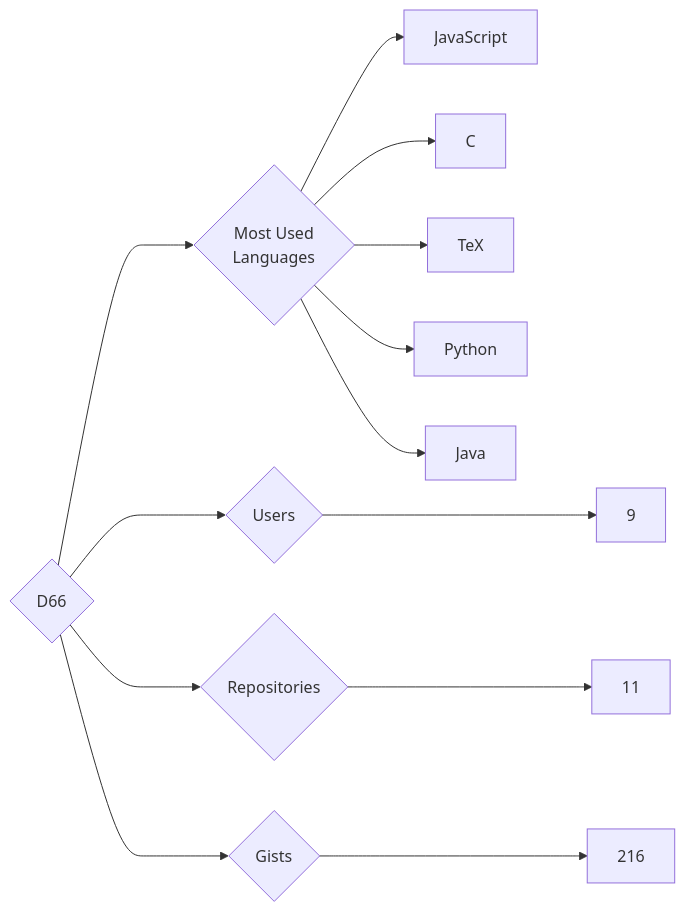
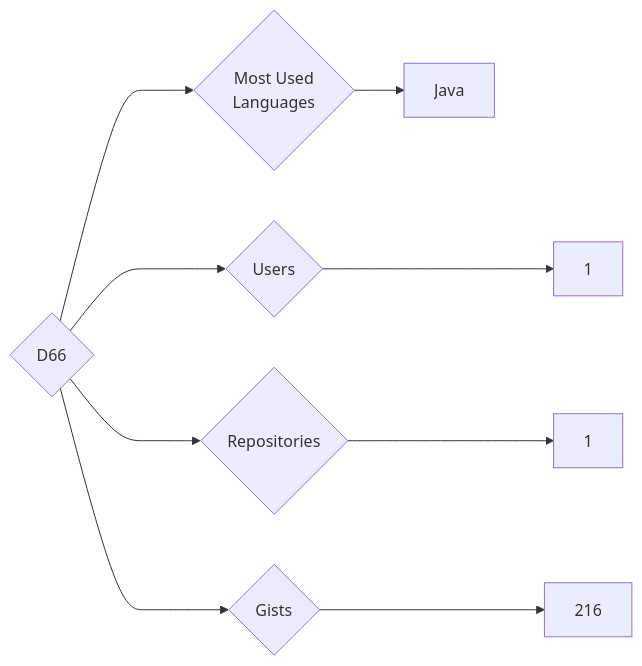
The diagram in targets/D66/README.md (trickest/insiders), drawn with Mermaid before and after one commit. The commit also changed 736 other files, not shown here.

````diff
--- a/targets/D66/README.md
+++ b/targets/D66/README.md
@@ -3,13 +3,9 @@
 ```mermaid
 graph LR
 COMPANY_NAME{D66}
-COMPANY_NAME ---> U{Users} ---> UN[9]
-COMPANY_NAME ---> R{Repositories} ---> RN[11]
+COMPANY_NAME ---> U{Users} ---> UN[1]
+COMPANY_NAME ---> R{Repositories} ---> RN[1]
 COMPANY_NAME ---> G{Gists} ---> GN[216]
 COMPANY_NAME ---> ML{Most Used<br>Languages}
-ML --> JavaScript[JavaScript]
-ML --> C[C]
-ML --> TeX[TeX]
-ML --> Python[Python]
 ML --> Java[Java]
 ```
````
